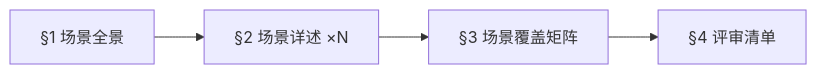
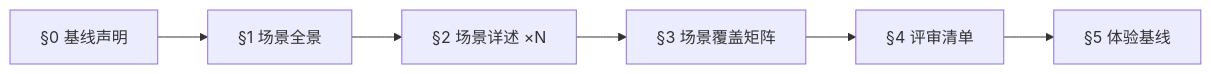
The fifth of 14 diagrams in skills/rui/formulas.md (effiy/YrY), drawn with Mermaid before and after one commit. The commit also changed other lines of this file and 9 other files, not shown here.

````diff
--- a/skills/rui/formulas.md
+++ b/skills/rui/formulas.md
@@ -239,6 +319,8 @@
 ```mermaid
 flowchart LR
-    S1["§1 场景全景"] --> S2["§2 场景详述 ×N"]
+    S0["§0 基线声明"] --> S1["§1 场景全景"]
+    S1 --> S2["§2 场景详述 ×N"]
     S2 --> S3["§3 场景覆盖矩阵"]
     S3 --> S4["§4 评审清单"]
+    S4 --> S5["§5 体验基线"]
 ```
````
